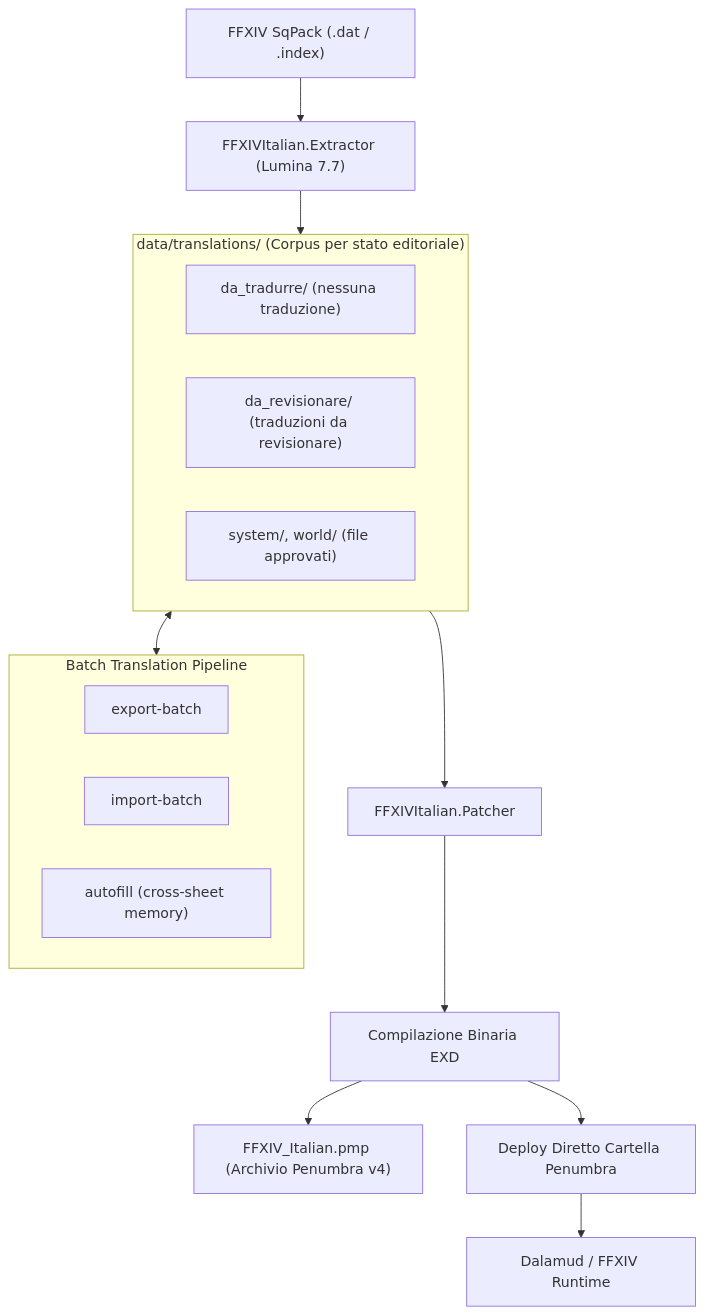
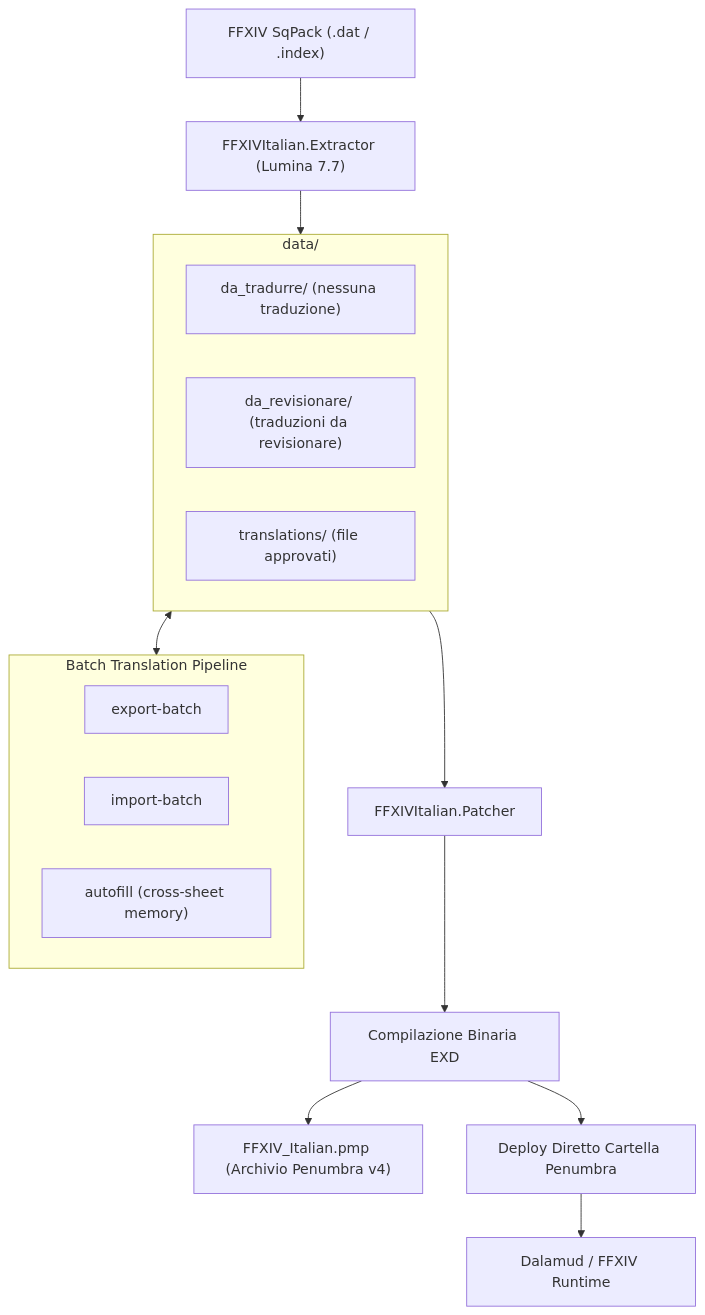
The diagram in docs/ARCHITECTURE.md (IsamuBarbieri/FFXIV_Italian), drawn with Mermaid before and after one commit. The commit also changed other lines of this file and 5907 other files, not shown here.

Commit message:
refactor(data): move editorial states outside translations

````diff
--- a/docs/ARCHITECTURE.md
+++ b/docs/ARCHITECTURE.md
@@ -9,26 +9,26 @@
 ```mermaid
 flowchart TD
     SqPack["FFXIV SqPack (.dat / .index)"] --> Extractor["FFXIVItalian.Extractor (Lumina 7.7)"]
     
-    subgraph Storage["data/translations/ (Corpus per stato editoriale)"]
+    subgraph Storage["data/"]
         pending["da_tradurre/ (nessuna traduzione)"]
         review["da_revisionare/ (traduzioni da revisionare)"]
-        approved["system/, world/ (file approvati)"]
+        approved["translations/ (file approvati)"]
     end
     
     Extractor --> Storage
     
     subgraph BatchSystem["Batch Translation Pipeline"]
         Export["export-batch"]
         Import["import-batch"]
         Autofill["autofill (cross-sheet memory)"]
     end
     
     Storage <--> BatchSystem
     
     Storage --> Patcher["FFXIVItalian.Patcher"]
     Patcher --> EXD["Compilazione Binaria EXD"]
     EXD --> PMP["FFXIV_Italian.pmp (Archivio Penumbra v4)"]
     EXD --> ActiveMod["Deploy Diretto Cartella Penumbra"]
     ActiveMod --> Dalamud["Dalamud / FFXIV Runtime"]
 ```
````
